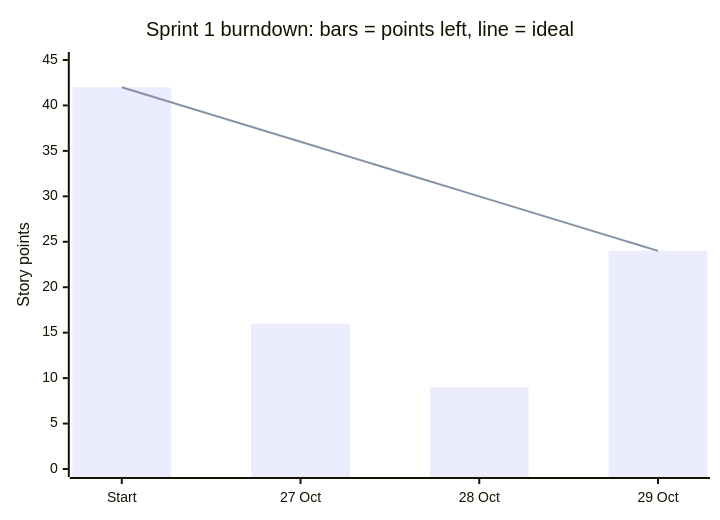
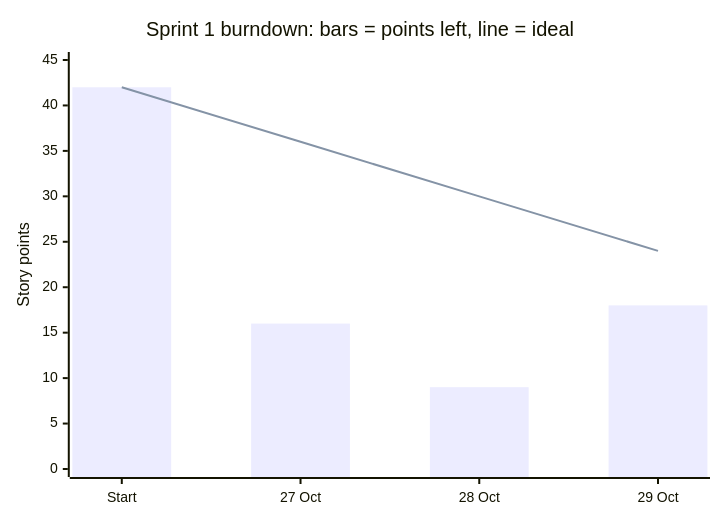
Before and after one commit to ADRIAN-NEATU/portfolio-health-check: the diagram in docs/sprint-1.md, drawn with Mermaid. The commit also changed other lines of this file and 15 other files, not shown here.

````diff
--- a/docs/sprint-1.md
+++ b/docs/sprint-1.md
@@ -65,8 +65,8 @@
 ```mermaid
 xychart-beta
     title "Sprint 1 burndown: bars = points left, line = ideal"
     x-axis ["Start", "27 Oct", "28 Oct", "29 Oct"]
     y-axis "Story points" 0 --> 45
-    bar [42, 16, 9, 24]
+    bar [42, 16, 9, 18]
     line [42, 36, 30, 24]
 ```
````
